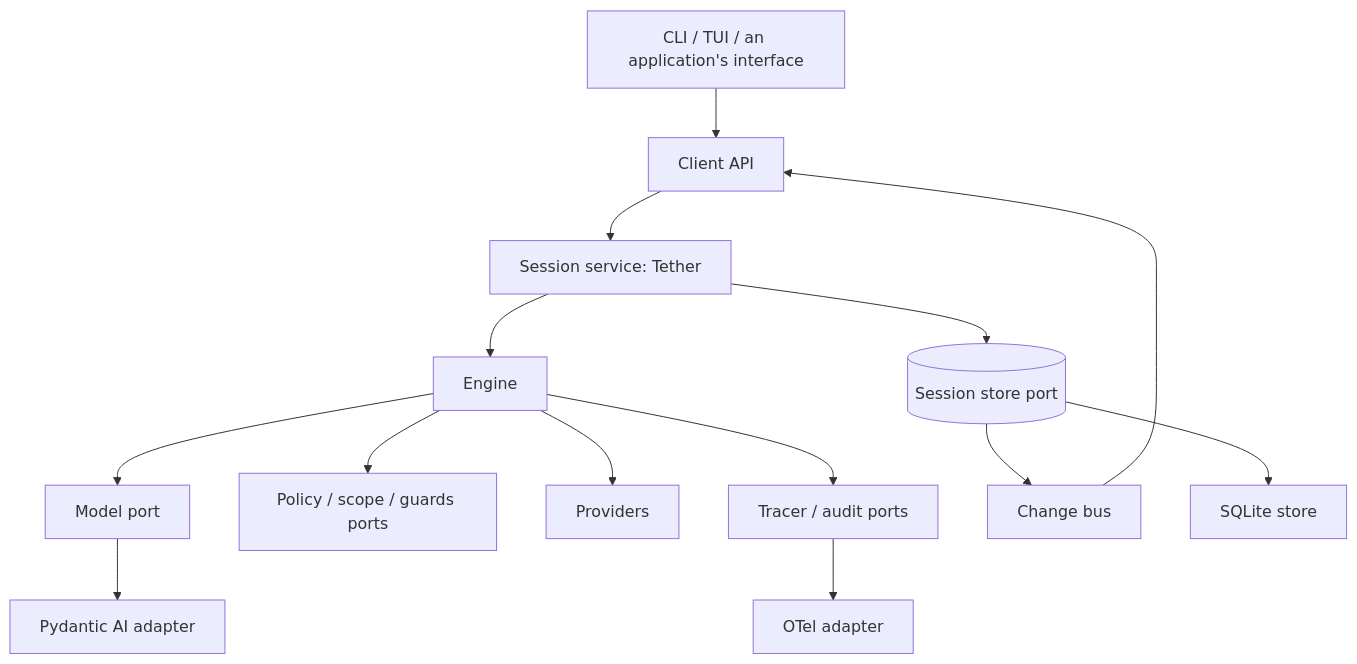
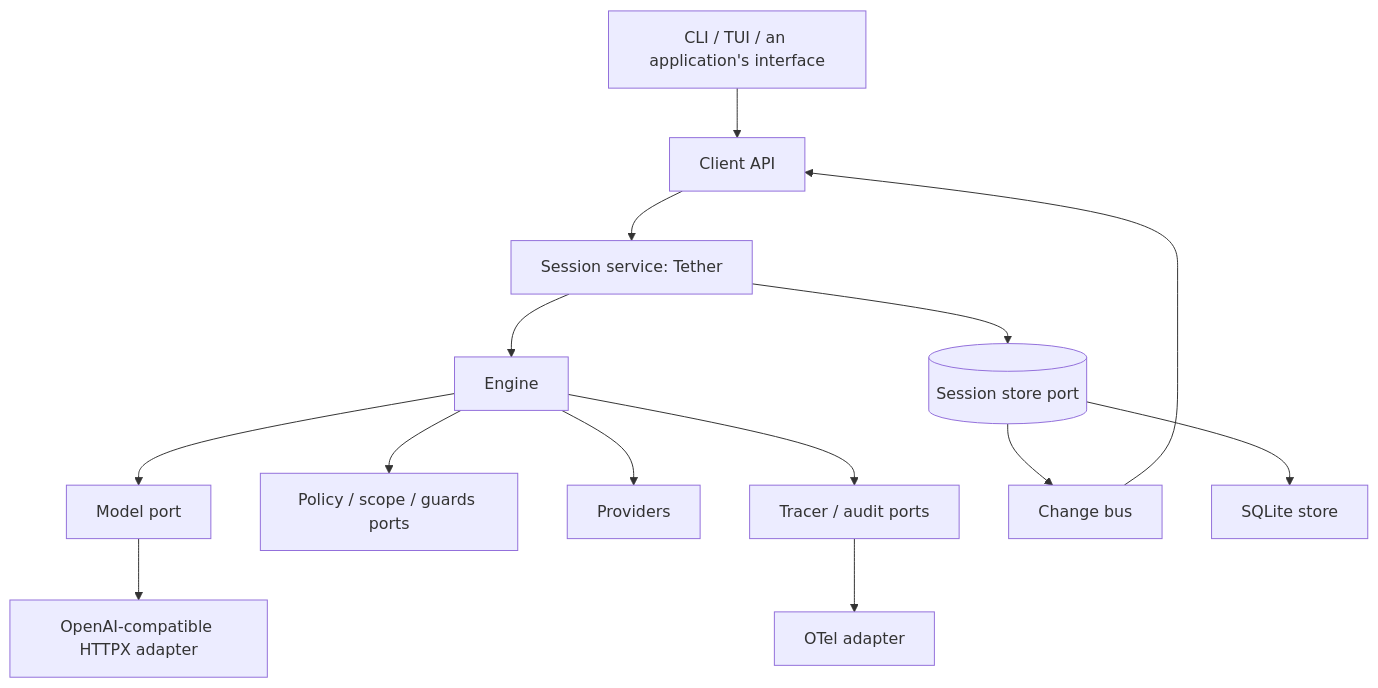
One commit to DocumentDrivenDX/tether changed the second of 2 diagrams in docs/helix/02-design/solution-designs/SD-001-tether-library-design-and-build-plan.md. Above: the diagram before and after it, drawn with Mermaid. The commit also changed other lines of this file and 42 other files, not shown here.

First line of the commit message:
Design: storage ports, trust and state ownership, ADR-014..020, contract rewrites, architecture

````diff
--- a/docs/helix/02-design/solution-designs/SD-001-tether-library-design-and-build-plan.md
+++ b/docs/helix/02-design/solution-designs/SD-001-tether-library-design-and-build-plan.md
@@ -184,16 +190,16 @@
 ```mermaid
 graph TD
     CLI[CLI / TUI / an application's interface] --> Client[Client API]
     Client --> Tether[Session service: Tether]
     Tether --> Engine
     Tether --> Store[(Session store port)]
     Engine --> Model[Model port]
     Engine --> Policy[Policy / scope / guards ports]
     Engine --> Providers
     Engine --> Telemetry[Tracer / audit ports]
     Store --> Bus[Change bus]
     Bus --> Client
-    Model --> Pai[Pydantic AI adapter]
+    Model --> Compat[OpenAI-compatible HTTPX adapter]
     Store --> Sqlite[SQLite store]
     Telemetry --> Otel[OTel adapter]
 ```
````
